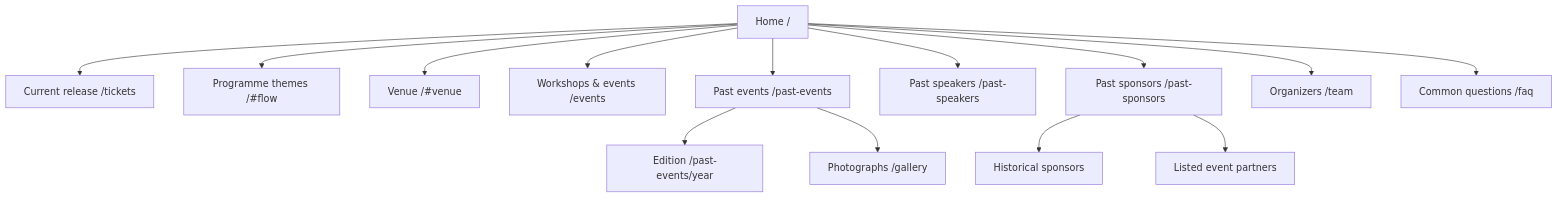
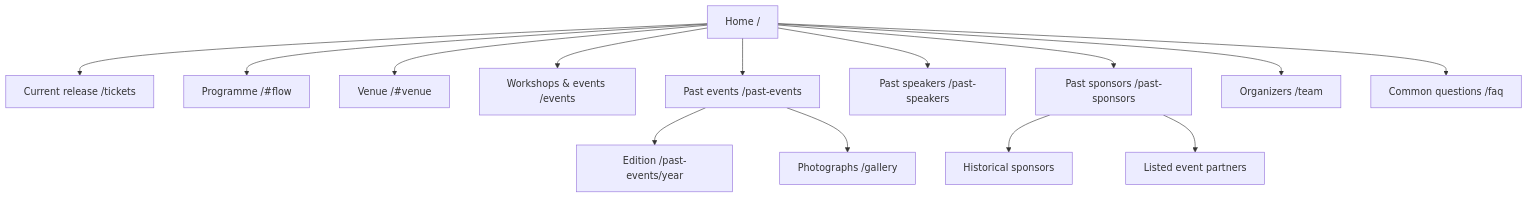
The diagram in docs/information-architecture.md (GDG-Indore-Ind/DevfestIndore2026), drawn with Mermaid before and after one commit. The commit also changed other lines of this file and 34 other files, not shown here.

````diff
--- a/docs/information-architecture.md
+++ b/docs/information-architecture.md
@@ -13,16 +13,16 @@
 ```mermaid
 flowchart TD
   Home[Home /] --> Tickets[Current release /tickets]
-  Home --> Themes[Programme themes /#flow]
+  Home --> Themes[Programme /#flow]
   Home --> Venue[Venue /#venue]
   Home --> Events[Workshops & events /events]
   Home --> Archive[Past events /past-events]
   Archive --> Edition[Edition /past-events/year]
   Home --> Speakers[Past speakers /past-speakers]
   Home --> Sponsors[Past sponsors /past-sponsors]
   Archive --> Gallery[Photographs /gallery]
   Home --> Team[Organizers /team]
   Home --> FAQ[Common questions /faq]
   Sponsors --> SponsorsView[Historical sponsors]
   Sponsors --> PartnersView[Listed event partners]
 ```
````
